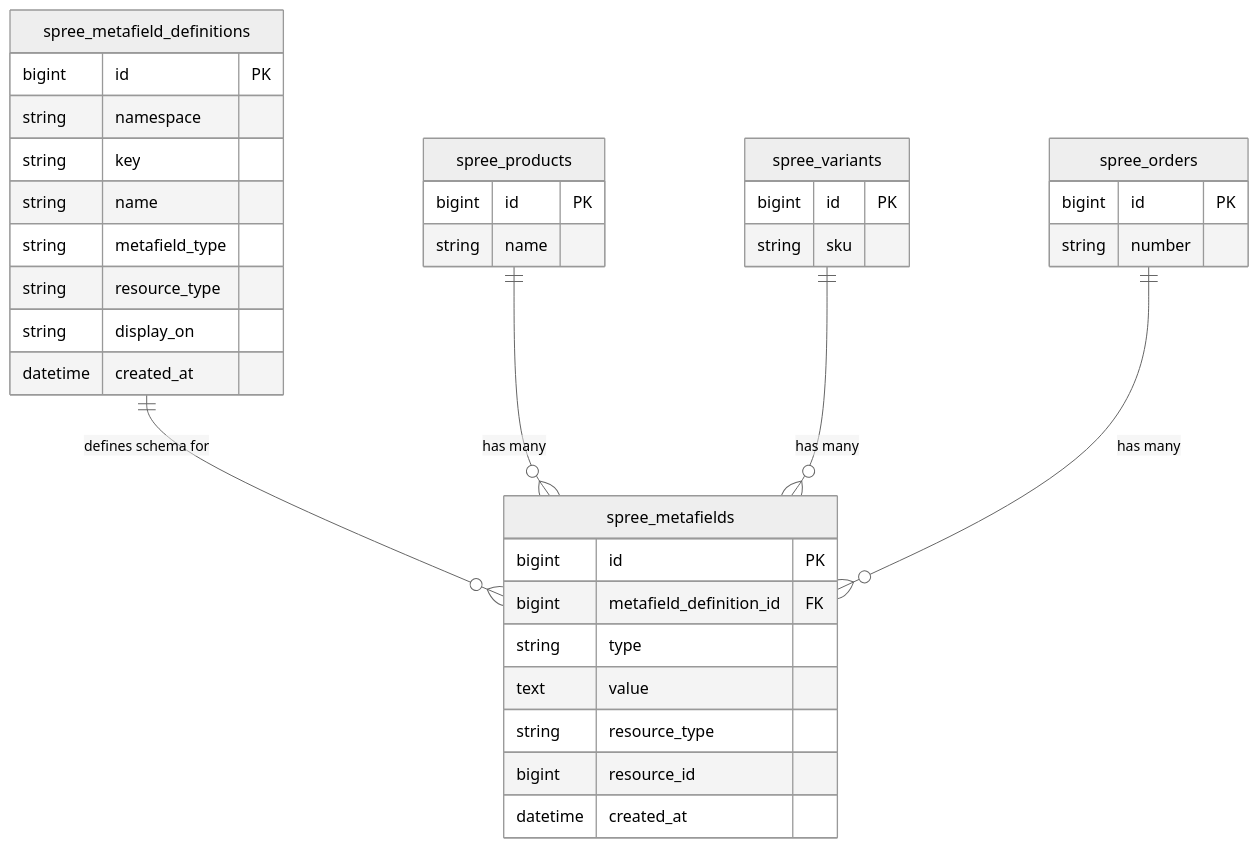
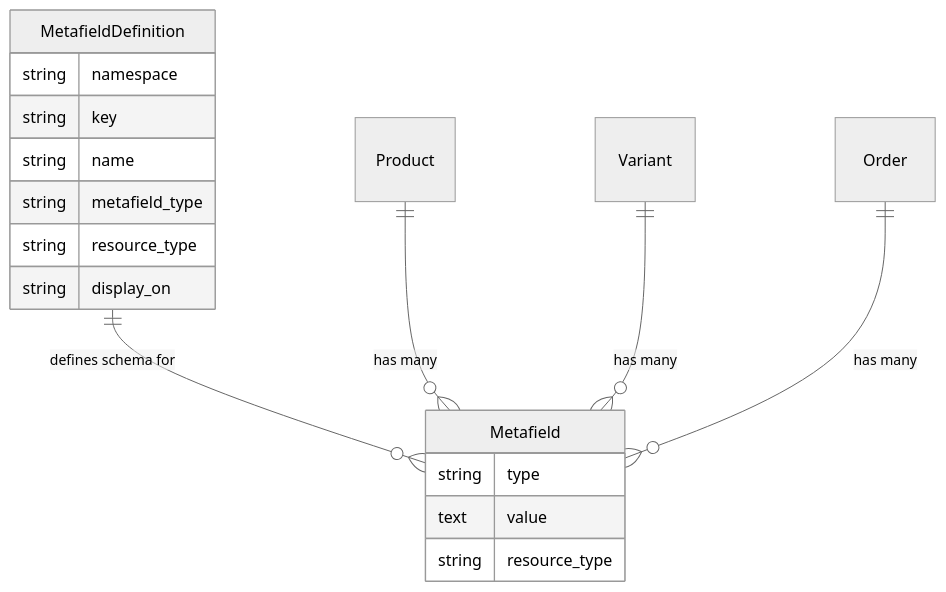
One commit to spree/spree changed the first of 2 diagrams in docs/developer/core-concepts/metafields.mdx. Above: the diagram before and after it, drawn with Mermaid (neutral theme). The commit also changed other lines of this file and 21 other files, not shown here.

````diff
--- a/docs/developer/core-concepts/metafields.mdx
+++ b/docs/developer/core-concepts/metafields.mdx
@@ -25,43 +23,22 @@
 ```mermaid
 erDiagram
-    spree_metafield_definitions ||--o{ spree_metafields : "defines schema for"
-    spree_products ||--o{ spree_metafields : "has many"
-    spree_variants ||--o{ spree_metafields : "has many"
-    spree_orders ||--o{ spree_metafields : "has many"
+    MetafieldDefinition ||--o{ Metafield : "defines schema for"
+    Product ||--o{ Metafield : "has many"
+    Variant ||--o{ Metafield : "has many"
+    Order ||--o{ Metafield : "has many"
 
-    spree_metafield_definitions {
-        bigint id PK
+    MetafieldDefinition {
         string namespace
         string key
         string name
         string metafield_type
         string resource_type
         string display_on
-        datetime created_at
     }
 
-    spree_metafields {
-        bigint id PK
-        bigint metafield_definition_id FK
+    Metafield {
         string type
         text value
         string resource_type
-        bigint resource_id
-        datetime created_at
-    }
-
-    spree_products {
-        bigint id PK
-        string name
-    }
-
-    spree_variants {
-        bigint id PK
-        string sku
-    }
-
-    spree_orders {
-        bigint id PK
-        string number
     }
 ```
````
